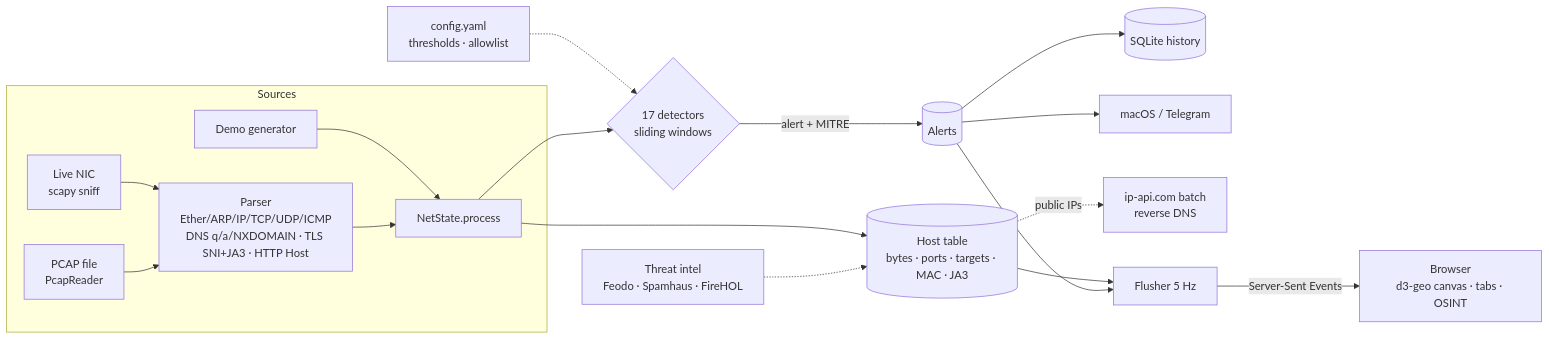
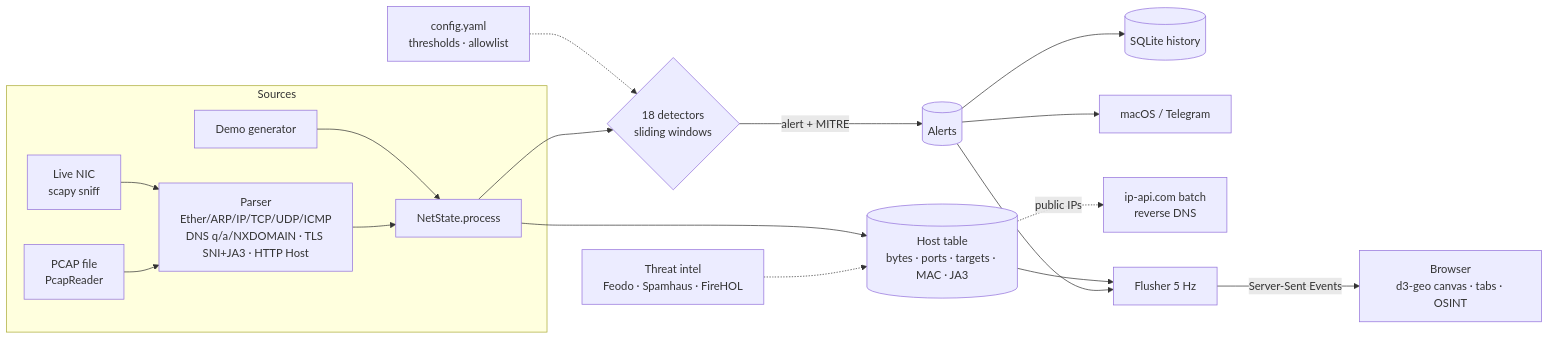
The diagram in README.md (Gyuri1999/netwatch), drawn with Mermaid before and after one commit. The commit also changed other lines of this file and 7 other files, not shown here.

````diff
--- a/README.md
+++ b/README.md
@@ -72,18 +74,18 @@
 ```mermaid
 flowchart LR
   subgraph Sources
     A[Live NIC<br/>scapy sniff] --> P
     B[PCAP file<br/>PcapReader] --> P
     C[Demo generator] --> N
   end
   P[Parser<br/>Ether/ARP/IP/TCP/UDP/ICMP<br/>DNS q/a/NXDOMAIN · TLS SNI+JA3 · HTTP Host] --> N
   CFG[config.yaml<br/>thresholds · allowlist] -.-> D
   N[NetState.process] --> H[(Host table<br/>bytes · ports · targets · MAC · JA3)]
-  N --> D{17 detectors<br/>sliding windows}
+  N --> D{18 detectors<br/>sliding windows}
   TI[Threat intel<br/>Feodo · Spamhaus · FireHOL] -.-> H
   D -->|alert + MITRE| AL[(Alerts)]
   AL --> DB[(SQLite history)]
   AL --> NT[macOS / Telegram]
   H -. public IPs .-> G[ip-api.com batch<br/>reverse DNS]
   H & AL --> F[Flusher 5 Hz] -->|Server-Sent Events| UI[Browser<br/>d3-geo canvas · tabs · OSINT]
 ```
````
